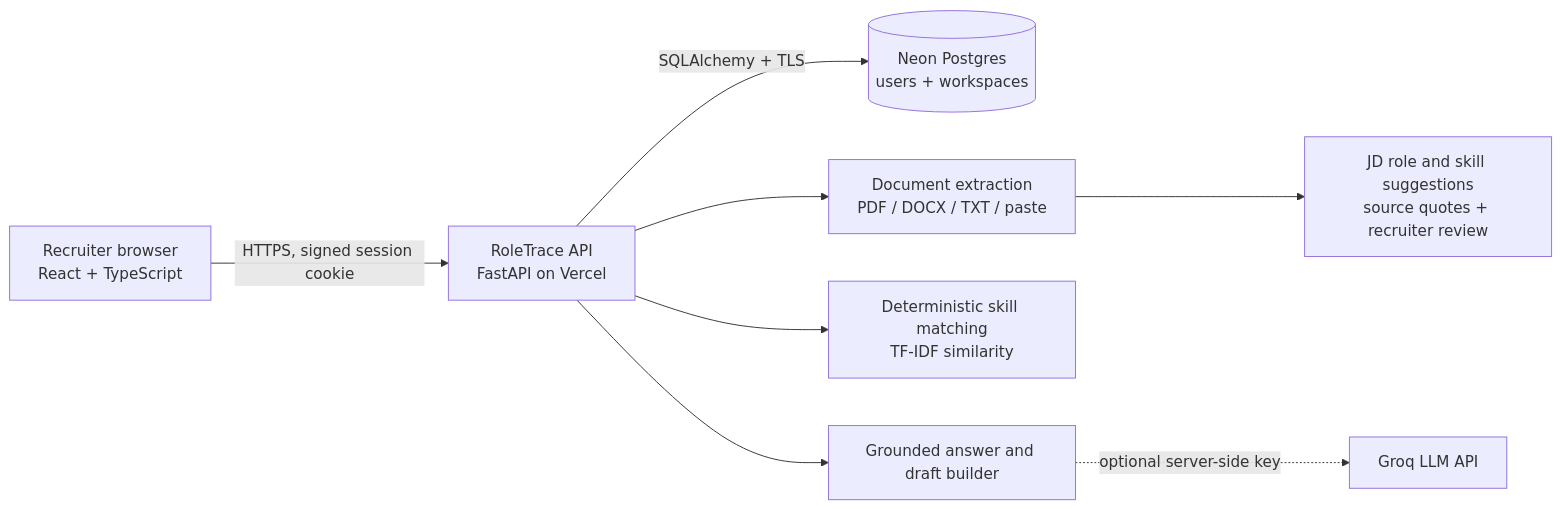
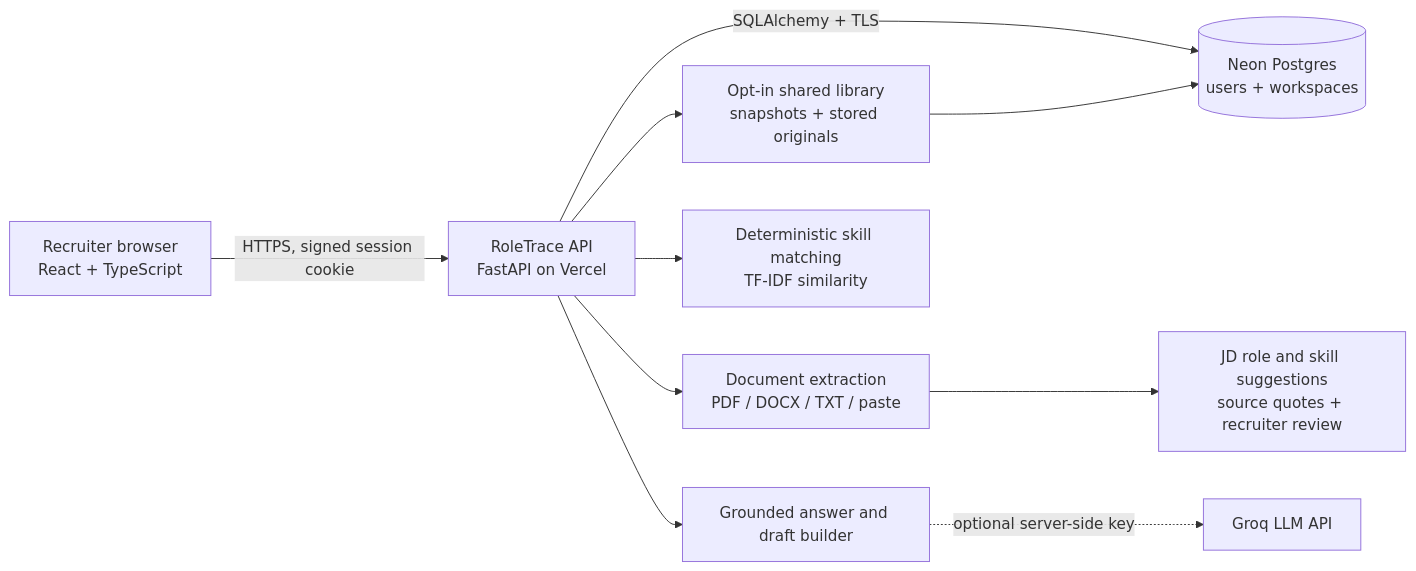
The diagram in docs/HLD.md (Yogi2809/ats-recruitment-service), drawn with Mermaid before and after one commit. The commit also changed other lines of this file and 18 other files, not shown here.

Commit message:
Add private document organization and opt-in shared library

````diff
--- a/docs/HLD.md
+++ b/docs/HLD.md
@@ -11,10 +11,12 @@
 ```mermaid
 flowchart LR
     R[Recruiter browser<br/>React + TypeScript] -->|HTTPS, signed session cookie| A[RoleTrace API<br/>FastAPI on Vercel]
     A -->|SQLAlchemy + TLS| D[(Neon Postgres<br/>users + workspaces)]
+    A --> L[Opt-in shared library<br/>snapshots + stored originals]
+    L --> D
     A --> P[Document extraction<br/>PDF / DOCX / TXT / paste]
     P --> E[JD role and skill suggestions<br/>source quotes + recruiter review]
     A --> M[Deterministic skill matching<br/>TF-IDF similarity]
     A --> C[Grounded answer and draft builder]
     C -. optional server-side key .-> G[Groq LLM API]
 ```
````
